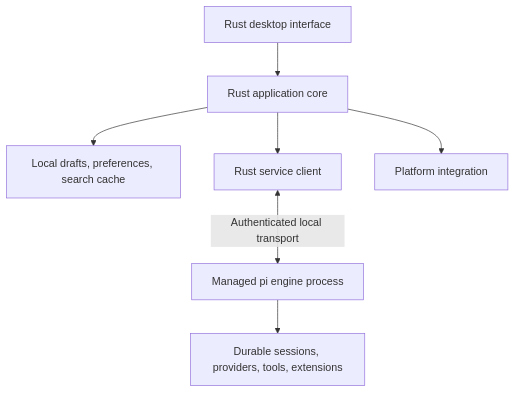
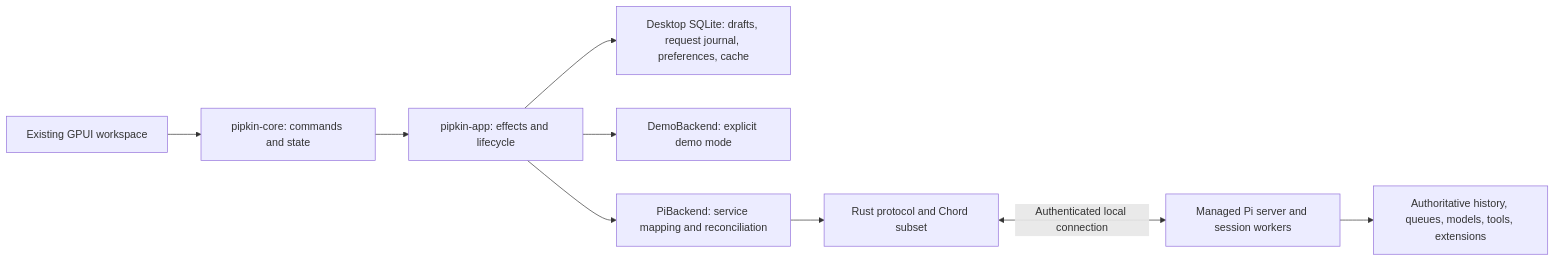
Before and after one commit to jasona/pipkin: the diagram in docs/rust-desktop-client-plan.md, drawn with Mermaid. The commit also changed other lines of this file and 3 other files, not shown here.

````diff
--- a/docs/rust-desktop-client-plan.md
+++ b/docs/rust-desktop-client-plan.md
@@ -155,17 +58,11 @@
 ```mermaid
-flowchart TB
-    UI["Rust desktop interface"]
-    CORE["Rust application core"]
-    LOCAL["Local drafts, preferences, search cache"]
-    CLIENT["Rust service client"]
-    HOST["Managed pi engine process"]
-    ENGINE["Durable sessions, providers, tools, extensions"]
-    OS["Platform integration"]
-
-    UI --> CORE
-    CORE --> LOCAL
-    CORE --> CLIENT
-    CORE --> OS
-    CLIENT <-->|"Authenticated local transport"| HOST
-    HOST --> ENGINE
+flowchart LR
+    UI["Existing GPUI workspace"] --> Core["pipkin-core: commands and state"]
+    Core --> Controller["pipkin-app: effects and lifecycle"]
+    Controller --> Store["Desktop SQLite: drafts, request journal, preferences, cache"]
+    Controller --> Demo["DemoBackend: explicit demo mode"]
+    Controller --> Adapter["PiBackend: service mapping and reconciliation"]
+    Adapter --> Client["Rust protocol and Chord subset"]
+    Client <-->|"Authenticated local connection"| Engine["Managed Pi server and session workers"]
+    Engine --> Durable["Authoritative history, queues, models, tools, extensions"]
 ```
````
